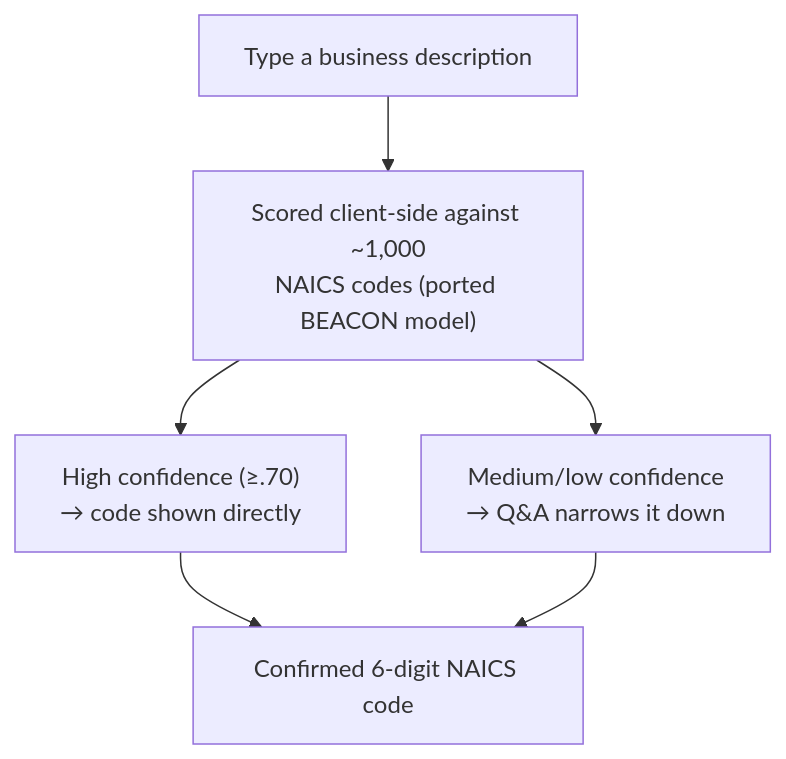
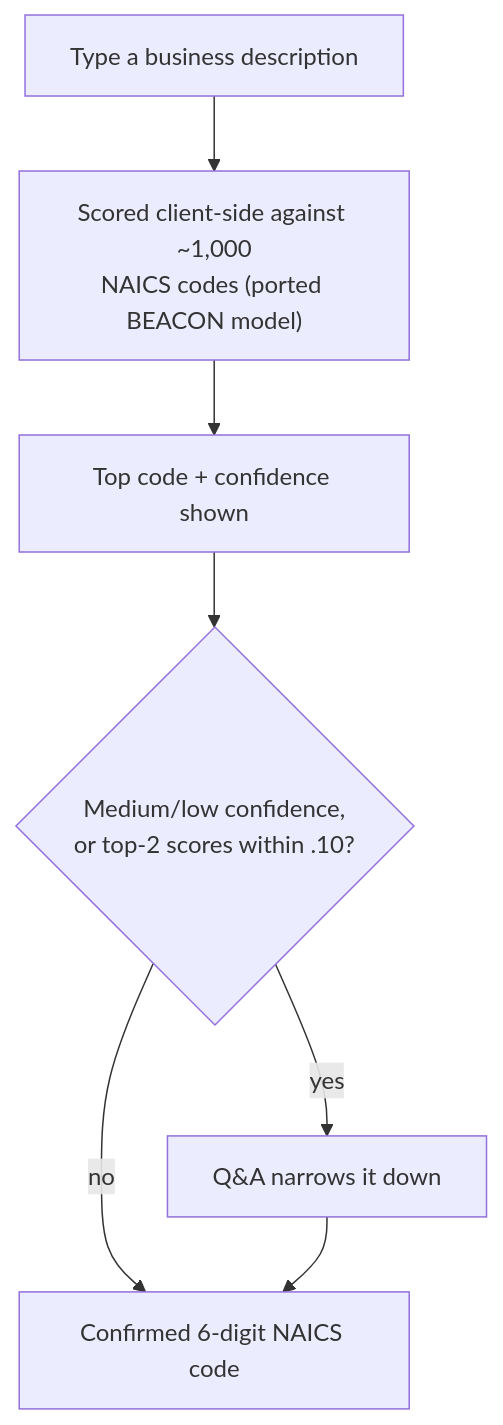
Before and after one commit to krcourville/naics-code-resolver: the diagram in README.md, drawn with Mermaid. The commit also changed other lines of this file, not shown here.

````diff
--- a/README.md
+++ b/README.md
@@ -20,11 +21,11 @@
 ```mermaid
 flowchart TD
     A[Type a business description] --> B["Scored client-side against ~1,000
 NAICS codes (ported BEACON model)"]
-    B --> C["High confidence (≥.70)
-→ code shown directly"]
-    B --> D["Medium/low confidence
-→ Q&A narrows it down"]
-    C --> E[Confirmed 6-digit NAICS code]
+    B --> C[Top code + confidence shown]
+    C --> F{"Medium/low confidence,
+or top-2 scores within .10?"}
+    F -- yes --> D[Q&A narrows it down]
+    F -- no --> E[Confirmed 6-digit NAICS code]
     D --> E
 ```
````
